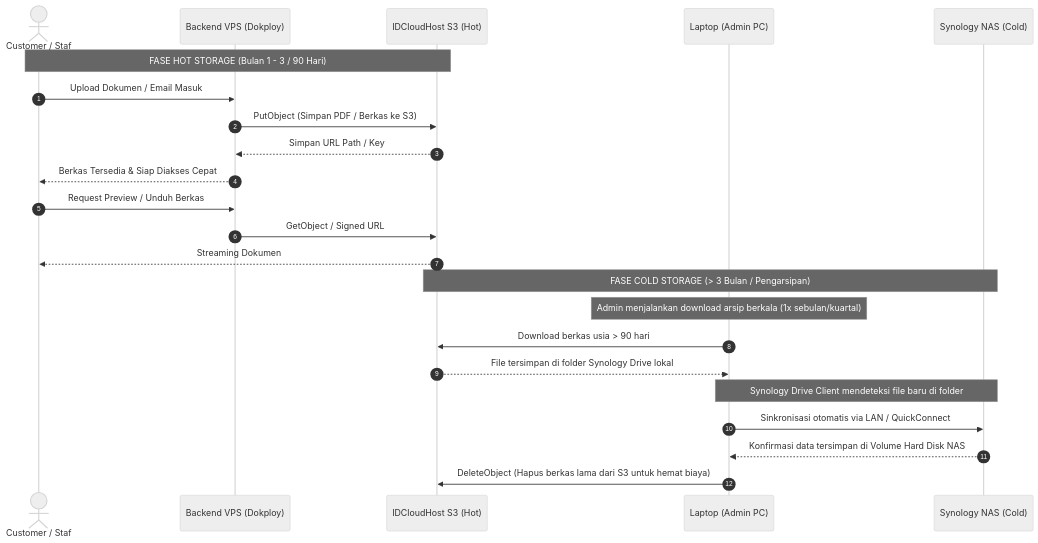
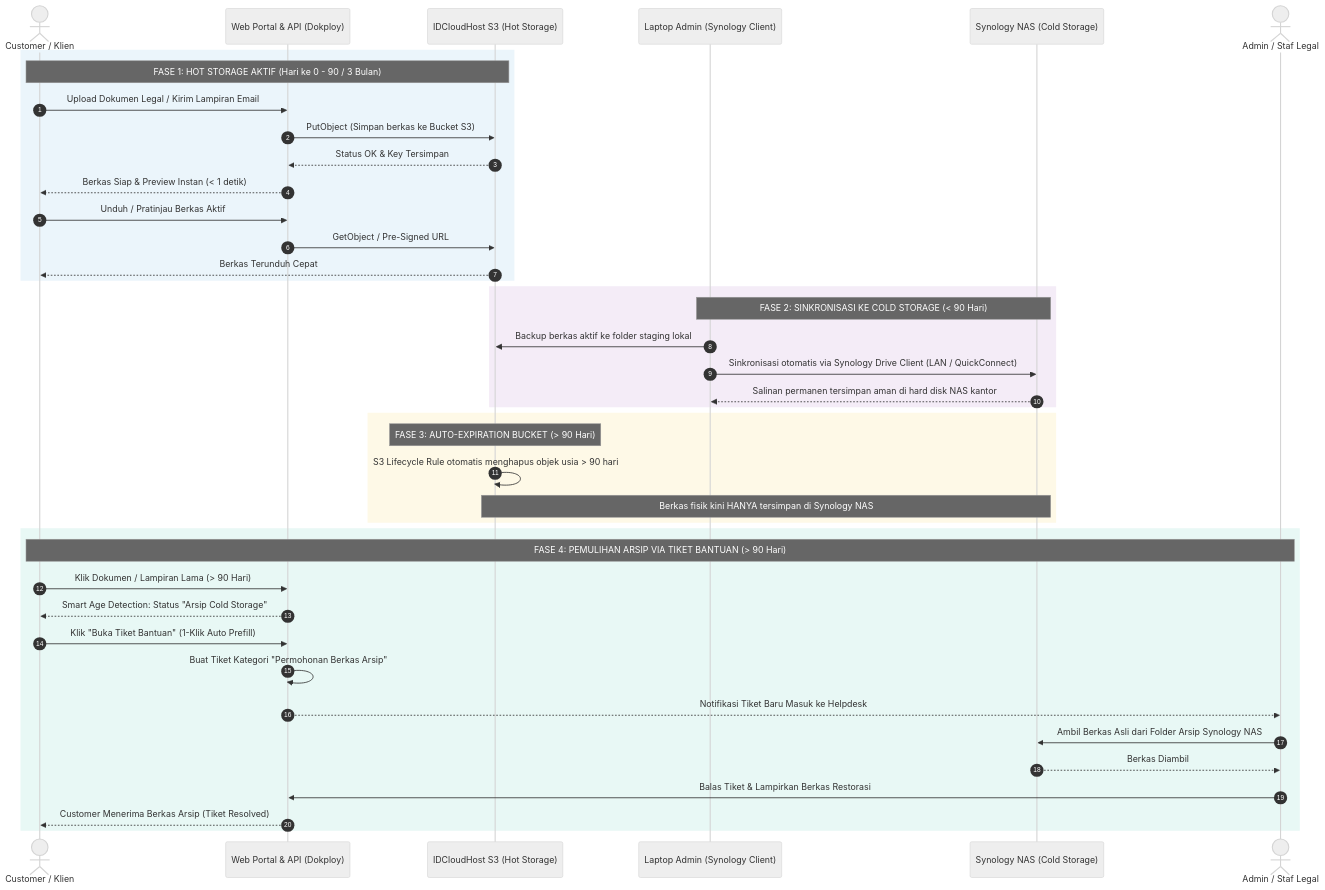
One commit to Multiverse88/EmailPortal changed the second of 2 diagrams in INFRASTRUCTURE.md. Above: the diagram before and after it, drawn with Mermaid (neutral theme). The commit also changed other lines of this file and 1 other file, not shown here.

Commit message:
docs: tambahkan kebijakan retensi S3 3 bulan dan pemulihan arsip Synology via tiket support

````diff
--- a/INFRASTRUCTURE.md
+++ b/INFRASTRUCTURE.md
@@ -94,29 +94,51 @@
 ```mermaid
 sequenceDiagram
     autonumber
-    actor User as Customer / Staf
-    participant VPS as Backend VPS (Dokploy)
-    participant S3 as IDCloudHost S3 (Hot)
-    participant Laptop as Laptop (Admin PC)
-    participant NAS as Synology NAS (Cold)
+    actor User as Customer / Klien
+    participant VPS as Web Portal & API (Dokploy)
+    participant S3 as IDCloudHost S3 (Hot Storage)
+    participant Laptop as Laptop Admin (Synology Client)
+    participant NAS as Synology NAS (Cold Storage)
+    actor Admin as Admin / Staf Legal
 
-    %% Fase Hot Storage
-    Note over User, S3: FASE HOT STORAGE (Bulan 1 - 3 / 90 Hari)
-    User->>VPS: Upload Dokumen / Email Masuk
-    VPS->>S3: PutObject (Simpan PDF / Berkas ke S3)
-    S3-->>VPS: Simpan URL Path / Key
-    VPS-->>User: Berkas Tersedia & Siap Diakses Cepat
-    User->>VPS: Request Preview / Unduh Berkas
-    VPS->>S3: GetObject / Signed URL
-    S3-->>User: Streaming Dokumen
+    %% Fase 1: Hot Storage Aktif (0 - 90 Hari)
+    rect rgb(235, 245, 251)
+        Note over User, S3: FASE 1: HOT STORAGE AKTIF (Hari ke 0 - 90 / 3 Bulan)
+        User->>VPS: Upload Dokumen Legal / Kirim Lampiran Email
+        VPS->>S3: PutObject (Simpan berkas ke Bucket S3)
+        S3-->>VPS: Status OK & Key Tersimpan
+        VPS-->>User: Berkas Siap & Preview Instan (< 1 detik)
+        User->>VPS: Unduh / Pratinjau Berkas Aktif
+        VPS->>S3: GetObject / Pre-Signed URL
+        S3-->>User: Berkas Terunduh Cepat
+    end
 
-    %% Fase Archival / Cold Storage
-    Note over S3, NAS: FASE COLD STORAGE (> 3 Bulan / Pengarsipan)
-    Note over Laptop: Admin menjalankan download arsip berkala (1x sebulan/kuartal)
-    Laptop->>S3: Download berkas usia > 90 hari
-    S3-->>Laptop: File tersimpan di folder Synology Drive lokal
-    Note over Laptop, NAS: Synology Drive Client mendeteksi file baru di folder
-    Laptop->>NAS: Sinkronisasi otomatis via LAN / QuickConnect
-    NAS-->>Laptop: Konfirmasi data tersimpan di Volume Hard Disk NAS
-    Laptop->>S3: DeleteObject (Hapus berkas lama dari S3 untuk hemat biaya)
+    %% Fase 2: Sinkronisasi Cold Storage Berkala
+    rect rgb(244, 236, 247)
+        Note over Laptop, NAS: FASE 2: SINKRONISASI KE COLD STORAGE (< 90 Hari)
+        Laptop->>S3: Backup berkas aktif ke folder staging lokal
+        Laptop->>NAS: Sinkronisasi otomatis via Synology Drive Client (LAN / QuickConnect)
+        NAS-->>Laptop: Salinan permanen tersimpan aman di hard disk NAS kantor
+    end
+
+    %% Fase 3: Auto Expiration S3
+    rect rgb(254, 249, 231)
+        Note over S3: FASE 3: AUTO-EXPIRATION BUCKET (> 90 Hari)
+        S3->>S3: S3 Lifecycle Rule otomatis menghapus objek usia > 90 hari
+        Note over S3, NAS: Berkas fisik kini HANYA tersimpan di Synology NAS
+    end
+
+    %% Fase 4: Permohonan Berkas Arsip via Tiket Bantuan
+    rect rgb(232, 248, 245)
+        Note over User, Admin: FASE 4: PEMULIHAN ARSIP VIA TIKET BANTUAN (> 90 Hari)
+        User->>VPS: Klik Dokumen / Lampiran Lama (> 90 Hari)
+        VPS-->>User: Smart Age Detection: Status "Arsip Cold Storage"
+        User->>VPS: Klik "Buka Tiket Bantuan" (1-Klik Auto Prefill)
+        VPS->>VPS: Buat Tiket Kategori "Permohonan Berkas Arsip"
+        VPS-->>Admin: Notifikasi Tiket Baru Masuk ke Helpdesk
+        Admin->>NAS: Ambil Berkas Asli dari Folder Arsip Synology NAS
+        NAS-->>Admin: Berkas Diambil
+        Admin->>VPS: Balas Tiket & Lampirkan Berkas Restorasi
+        VPS-->>User: Customer Menerima Berkas Arsip (Tiket Resolved)
+    end
 ```
````
